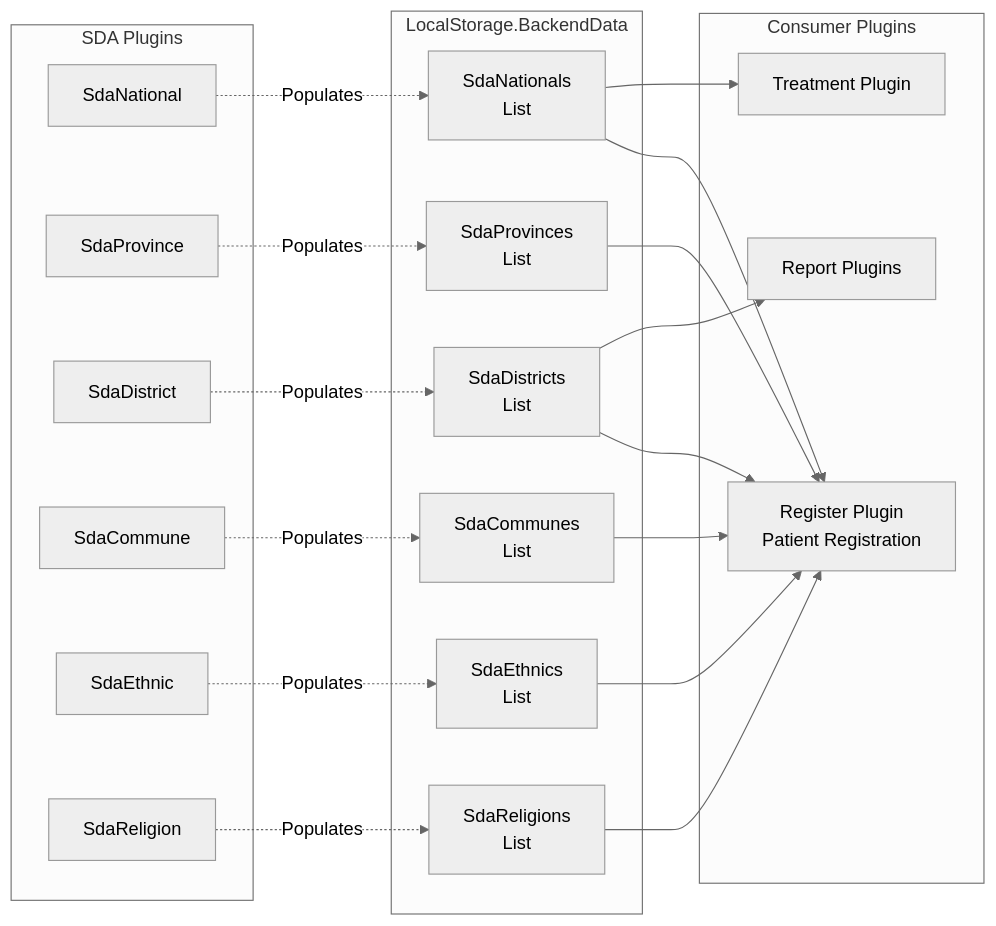
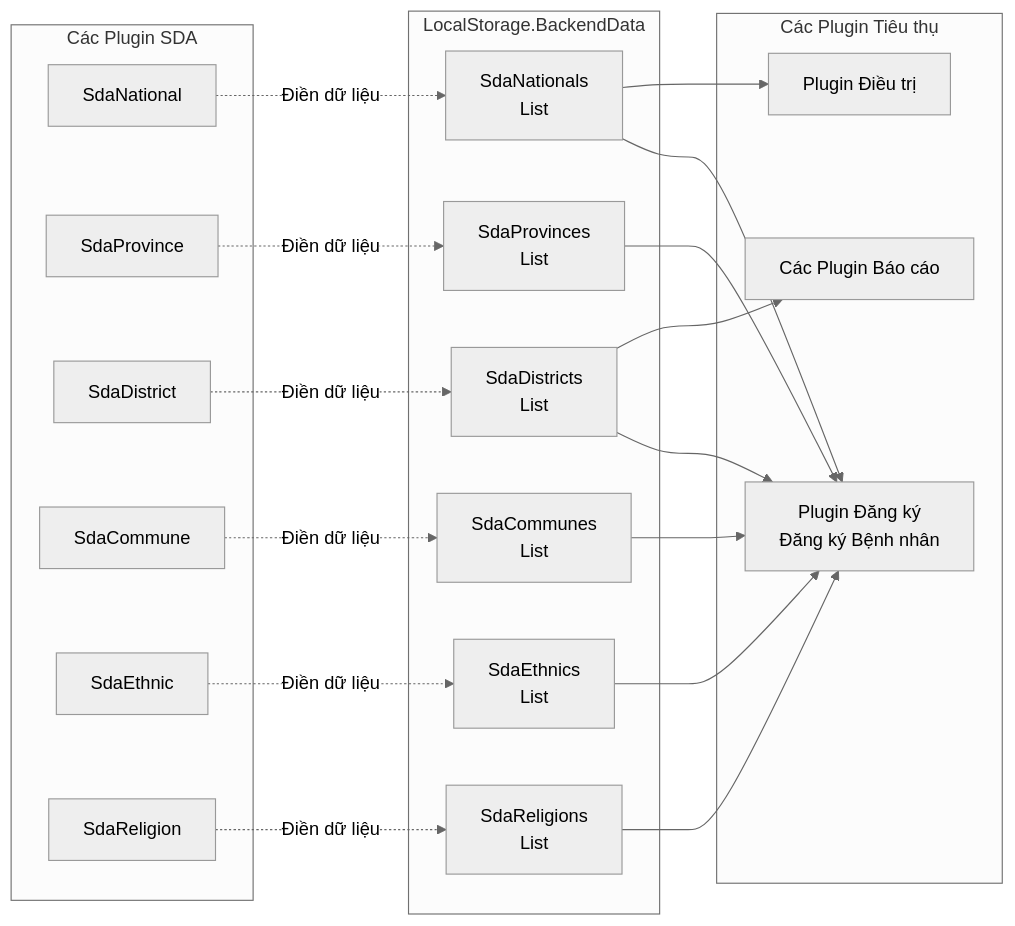
Before and after one commit to thangpnb/HIS: the sixth of 6 diagrams in docs/his-ba-documentation/03-business-domains/administration/system-data.md, drawn with Mermaid (neutral theme). The commit also changed other lines of this file and 30 other files, not shown here.

Commit message:
Refactor architecture docs and update translations

````diff
--- a/docs/his-ba-documentation/03-business-domains/administration/system-data.md
+++ b/docs/his-ba-documentation/03-business-domains/administration/system-data.md
@@ -437,43 +435,43 @@
 ```mermaid
 graph LR
-    subgraph "SDA Plugins"
+    subgraph "Các Plugin SDA"
         NationalPlugin["SdaNational"]
         ProvincePlugin["SdaProvince"]
         DistrictPlugin["SdaDistrict"]
         CommunePlugin["SdaCommune"]
         EthnicPlugin["SdaEthnic"]
         ReligionPlugin["SdaReligion"]
     end
     
     subgraph "LocalStorage.BackendData"
         Nationals["SdaNationals<br/>List<SDA_NATIONAL>"]
         Provinces["SdaProvinces<br/>List<SDA_PROVINCE>"]
         Districts["SdaDistricts<br/>List<SDA_DISTRICT>"]
         Communes["SdaCommunes<br/>List<SDA_COMMUNE>"]
         Ethnics["SdaEthnics<br/>List<SDA_ETHNIC>"]
         Religions["SdaReligions<br/>List<SDA_RELIGION>"]
     end
     
-    subgraph "Consumer Plugins"
-        RegisterPlugin["Register Plugin<br/>Patient Registration"]
-        TreatmentPlugin["Treatment Plugin"]
-        ReportPlugins["Report Plugins"]
+    subgraph "Các Plugin Tiêu thụ"
+        RegisterPlugin["Plugin Đăng ký<br/>Đăng ký Bệnh nhân"]
+        TreatmentPlugin["Plugin Điều trị"]
+        ReportPlugins["Các Plugin Báo cáo"]
     end
     
-    NationalPlugin -.->|Populates| Nationals
-    ProvincePlugin -.->|Populates| Provinces
-    DistrictPlugin -.->|Populates| Districts
-    CommunePlugin -.->|Populates| Communes
-    EthnicPlugin -.->|Populates| Ethnics
-    ReligionPlugin -.->|Populates| Religions
+    NationalPlugin -.->|Điền dữ liệu| Nationals
+    ProvincePlugin -.->|Điền dữ liệu| Provinces
+    DistrictPlugin -.->|Điền dữ liệu| Districts
+    CommunePlugin -.->|Điền dữ liệu| Communes
+    EthnicPlugin -.->|Điền dữ liệu| Ethnics
+    ReligionPlugin -.->|Điền dữ liệu| Religions
     
     Nationals --> RegisterPlugin
     Provinces --> RegisterPlugin
     Districts --> RegisterPlugin
     Communes --> RegisterPlugin
     Ethnics --> RegisterPlugin
     Religions --> RegisterPlugin
     
     Nationals --> TreatmentPlugin
     Districts --> ReportPlugins
 ```
````
